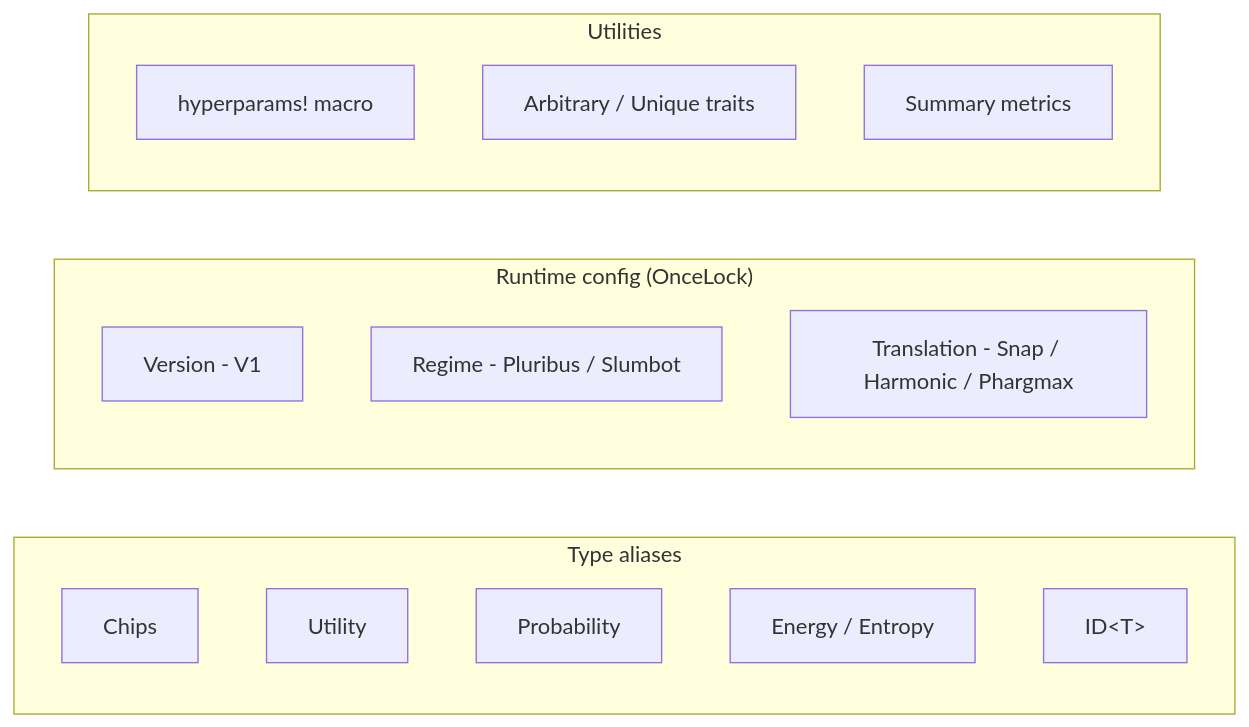
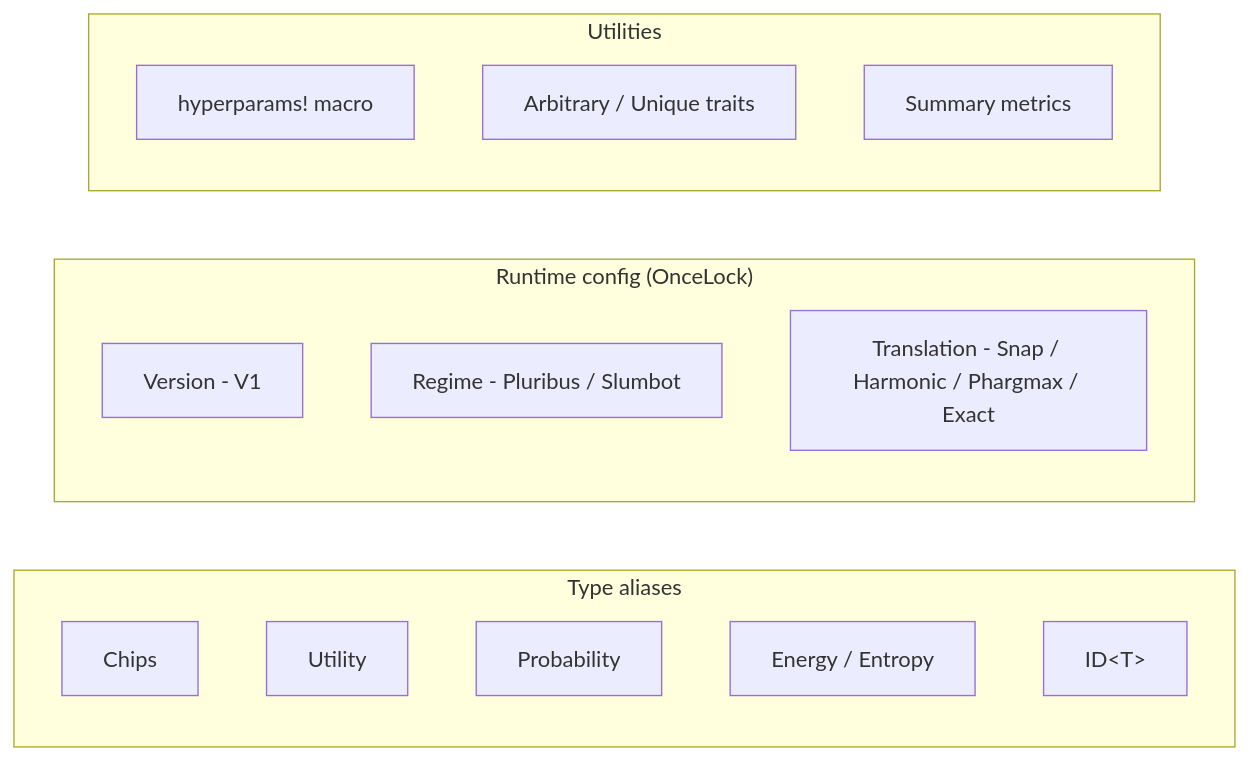
One commit to krukah/robopoker changed the first of 2 diagrams in crates/pokerkit/README.md. Above: the diagram before and after it, drawn with Mermaid. The commit also changed other lines of this file and 26 other files, not shown here.

````diff
--- a/crates/pokerkit/README.md
+++ b/crates/pokerkit/README.md
@@ -12,20 +12,20 @@
 ```mermaid
 flowchart LR
   subgraph Aliases["Type aliases"]
     A1["Chips"]
     A2["Utility"]
     A3["Probability"]
     A4["Energy / Entropy"]
     A5["ID&lt;T&gt;"]
   end
   subgraph Config["Runtime config (OnceLock)"]
     C1["Version - V1"]
     C2["Regime - Pluribus / Slumbot"]
-    C3["Translation - Snap / Harmonic / Phargmax"]
+    C3["Translation - Snap / Harmonic / Phargmax / Exact"]
   end
   subgraph Tools["Utilities"]
     T1["hyperparams! macro"]
     T2["Arbitrary / Unique traits"]
     T3["Summary metrics"]
   end
 ```
````
